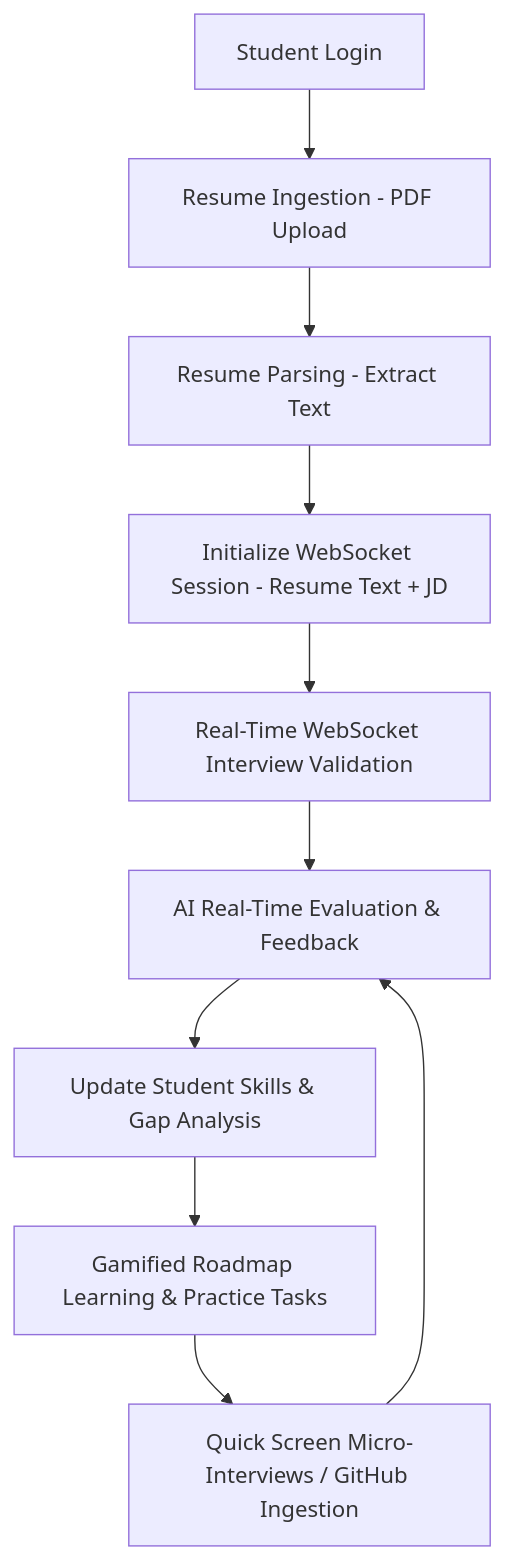
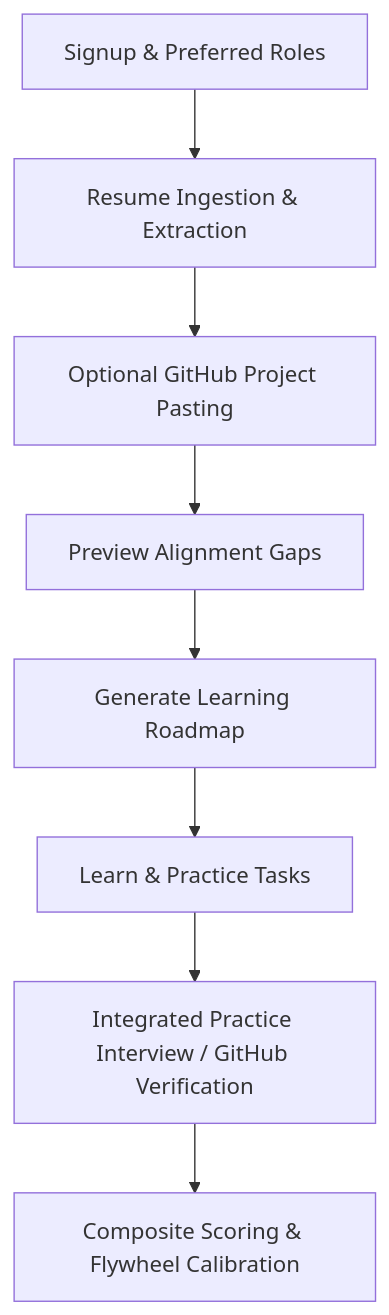
The diagram in .sata_agent_state.md (pr17-lab/fullstackaa), drawn with Mermaid before and after one commit. The commit also changed other lines of this file and 61 other files, not shown here.

Commit message:
feat: implement project verification service with GitHub complexity analysis and API endpoints

````diff
--- a/.sata_agent_state.md
+++ b/.sata_agent_state.md
@@ -11,12 +11,10 @@
 ```mermaid
 graph TD
-    A[Student Login] --> B[Resume Ingestion - PDF Upload]
-    B --> C[Resume Parsing - Extract Text]
-    C --> D[Initialize WebSocket Session - Resume Text + JD]
-    D --> E[Real-Time WebSocket Interview Validation]
-    E --> F[AI Real-Time Evaluation & Feedback]
-    F --> G[Update Student Skills & Gap Analysis]
-    G --> H[Gamified Roadmap Learning & Practice Tasks]
-    H --> I[Quick Screen Micro-Interviews / GitHub Ingestion]
-    I --> F
+    A[Signup & Preferred Roles] --> B[Resume Ingestion & Extraction]
+    B --> C[Optional GitHub Project Pasting]
+    C --> D[Preview Alignment Gaps]
+    D --> E[Generate Learning Roadmap]
+    E --> F[Learn & Practice Tasks]
+    F --> G[Integrated Practice Interview / GitHub Verification]
+    G --> H[Composite Scoring & Flywheel Calibration]
 ```
````
